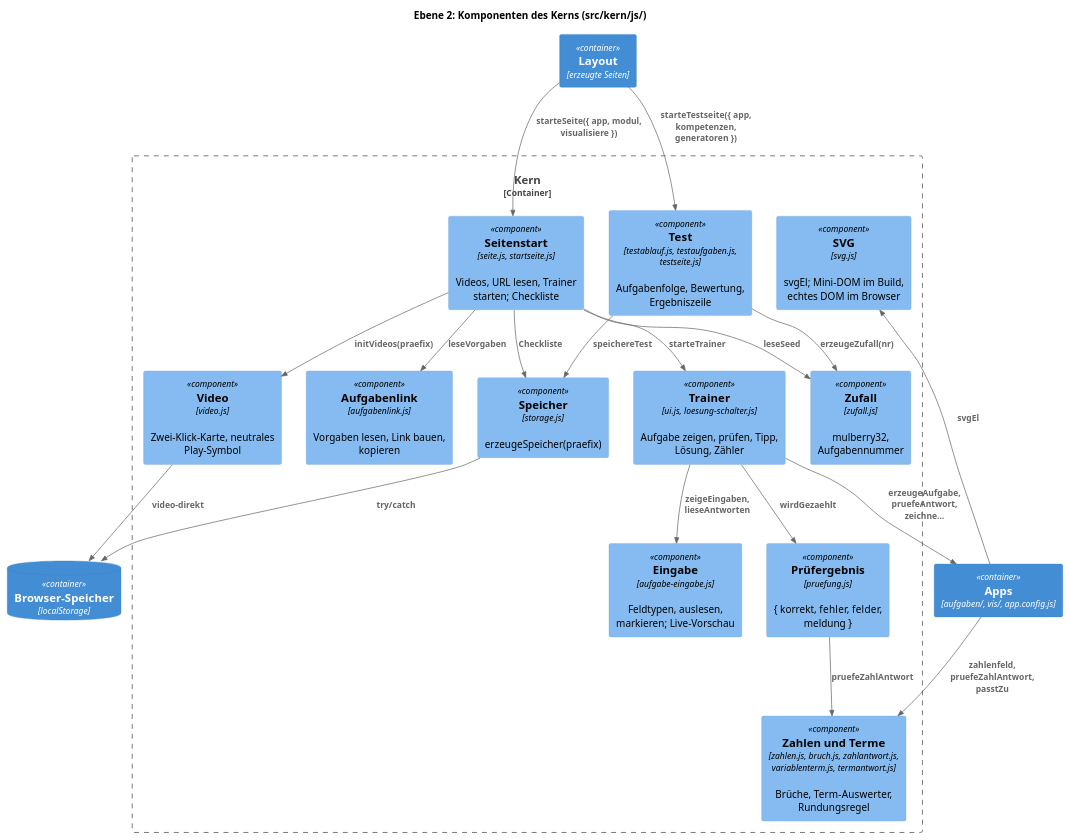
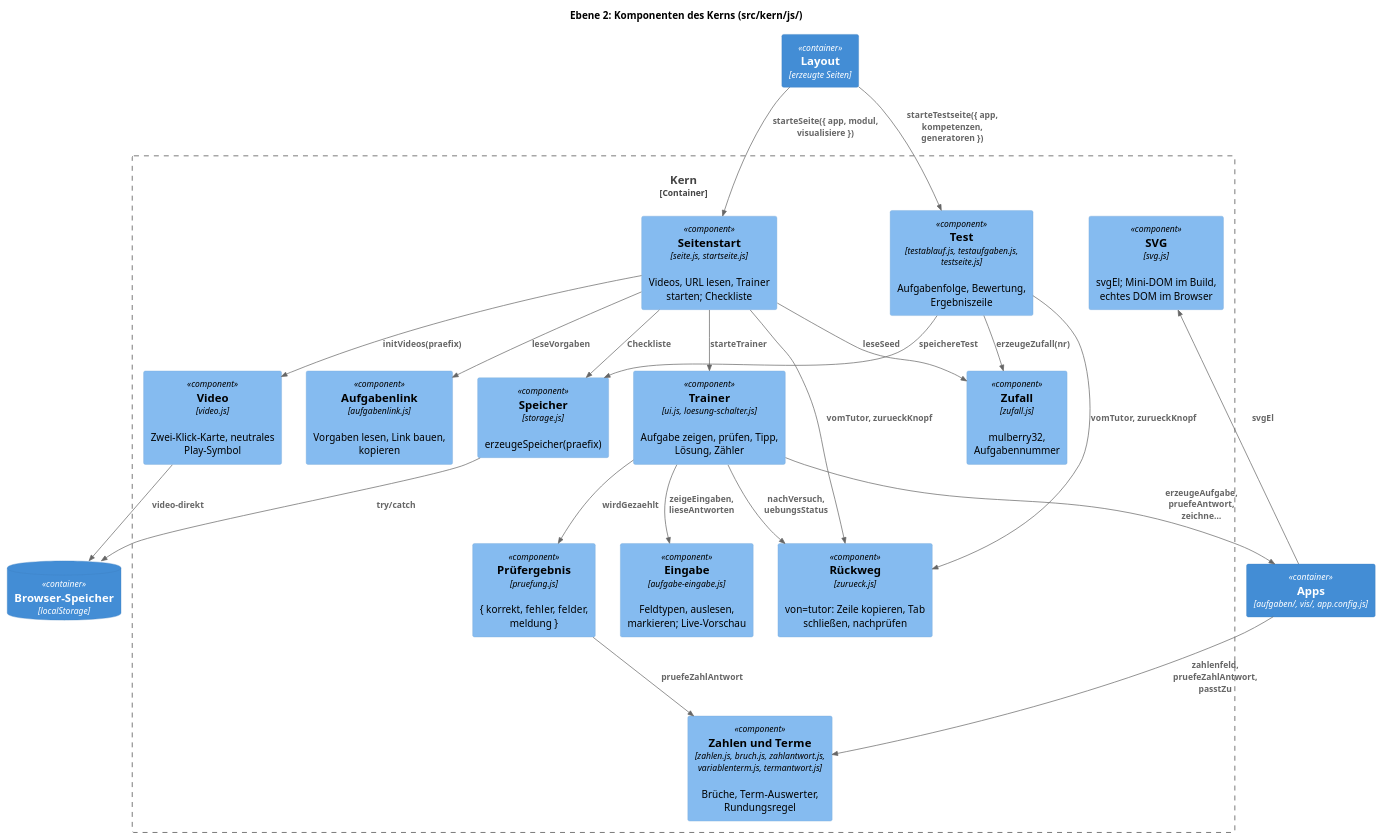
The third of 3 diagrams in src/docs/arc42/chapters/05_building_block_view.adoc (lernapps/lernapps.github.io), drawn with PlantUML before and after one commit. The commit also changed other lines of this file and 6 other files, not shown here.

```diff
--- a/src/docs/arc42/chapters/05_building_block_view.adoc
+++ b/src/docs/arc42/chapters/05_building_block_view.adoc
@@ -177,44 +177,48 @@
 [plantuml, target=bausteine-ebene-2-kern, format=svg]
 ....
 @startuml
 !include <C4/C4_Component>
 LAYOUT_TOP_DOWN()
 title Ebene 2: Komponenten des Kerns (src/kern/js/)
 
 Container(layout, "Layout", "erzeugte Seiten")
 Container(apps, "Apps", "aufgaben/, vis/, app.config.js")
 ContainerDb(speicher, "Browser-Speicher", "localStorage")
 
 Container_Boundary(kern, "Kern") {
   Component(seitenstart, "Seitenstart", "seite.js, startseite.js", "Videos, URL lesen, Trainer starten; Checkliste")
   Component(trainer, "Trainer", "ui.js, loesung-schalter.js", "Aufgabe zeigen, prüfen, Tipp, Lösung, Zähler")
   Component(eingabe, "Eingabe", "aufgabe-eingabe.js", "Feldtypen, auslesen, markieren; Live-Vorschau")
   Component(zahlen, "Zahlen und Terme", "zahlen.js, bruch.js, zahlantwort.js, variablenterm.js, termantwort.js", "Brüche, Term-Auswerter, Rundungsregel")
   Component(pruefung, "Prüfergebnis", "pruefung.js", "{ korrekt, fehler, felder, meldung }")
   Component(zufall, "Zufall", "zufall.js", "mulberry32, Aufgabennummer")
   Component(link, "Aufgabenlink", "aufgabenlink.js", "Vorgaben lesen, Link bauen, kopieren")
   Component(test, "Test", "testablauf.js, testaufgaben.js, testseite.js", "Aufgabenfolge, Bewertung, Ergebniszeile")
+  Component(zurueck, "Rückweg", "zurueck.js", "von=tutor: Zeile kopieren, Tab schließen, nachprüfen")
   Component(video, "Video", "video.js", "Zwei-Klick-Karte, neutrales Play-Symbol")
   Component(storage, "Speicher", "storage.js", "erzeugeSpeicher(praefix)")
   Component(svg, "SVG", "svg.js", "svgEl; Mini-DOM im Build, echtes DOM im Browser")
 }
 
 Rel(layout, seitenstart, "starteSeite({ app, modul, visualisiere })")
 Rel(layout, test, "starteTestseite({ app, kompetenzen, generatoren })")
 Rel(seitenstart, zufall, "leseSeed")
 Rel(seitenstart, link, "leseVorgaben")
 Rel(seitenstart, video, "initVideos(praefix)")
 Rel(seitenstart, trainer, "starteTrainer")
 Rel(seitenstart, storage, "Checkliste")
 Rel(trainer, apps, "erzeugeAufgabe, pruefeAntwort, zeichne…")
 Rel(trainer, eingabe, "zeigeEingaben, lieseAntworten")
 Rel(trainer, pruefung, "wirdGezaehlt")
 Rel(apps, zahlen, "zahlenfeld, pruefeZahlAntwort, passtZu")
 Rel(apps, svg, "svgEl")
 Rel(pruefung, zahlen, "pruefeZahlAntwort")
 Rel(test, zufall, "erzeugeZufall(nr)")
 Rel(test, storage, "speichereTest")
+Rel(seitenstart, zurueck, "vomTutor, zurueckKnopf")
+Rel(test, zurueck, "vomTutor, zurueckKnopf")
+Rel(trainer, zurueck, "nachVersuch, uebungsStatus")
 Rel(storage, speicher, "try/catch")
 Rel(video, speicher, "video-direkt")
 @enduml
 ....
```
